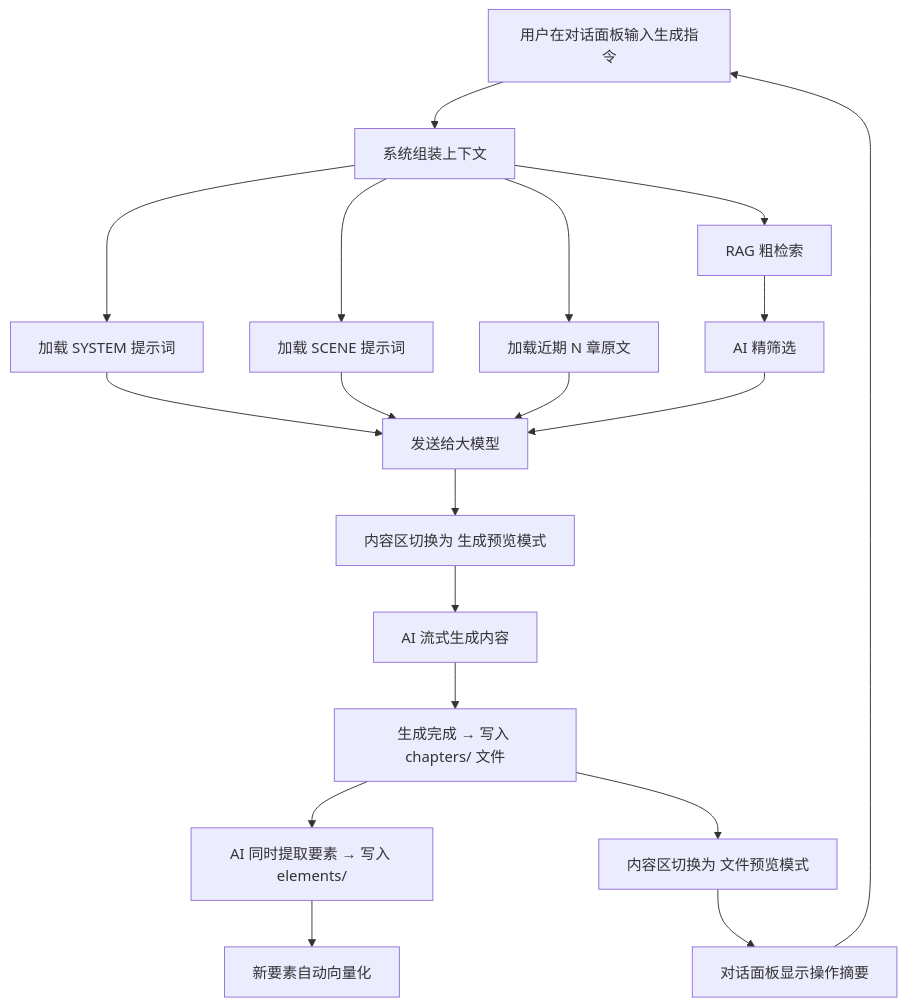
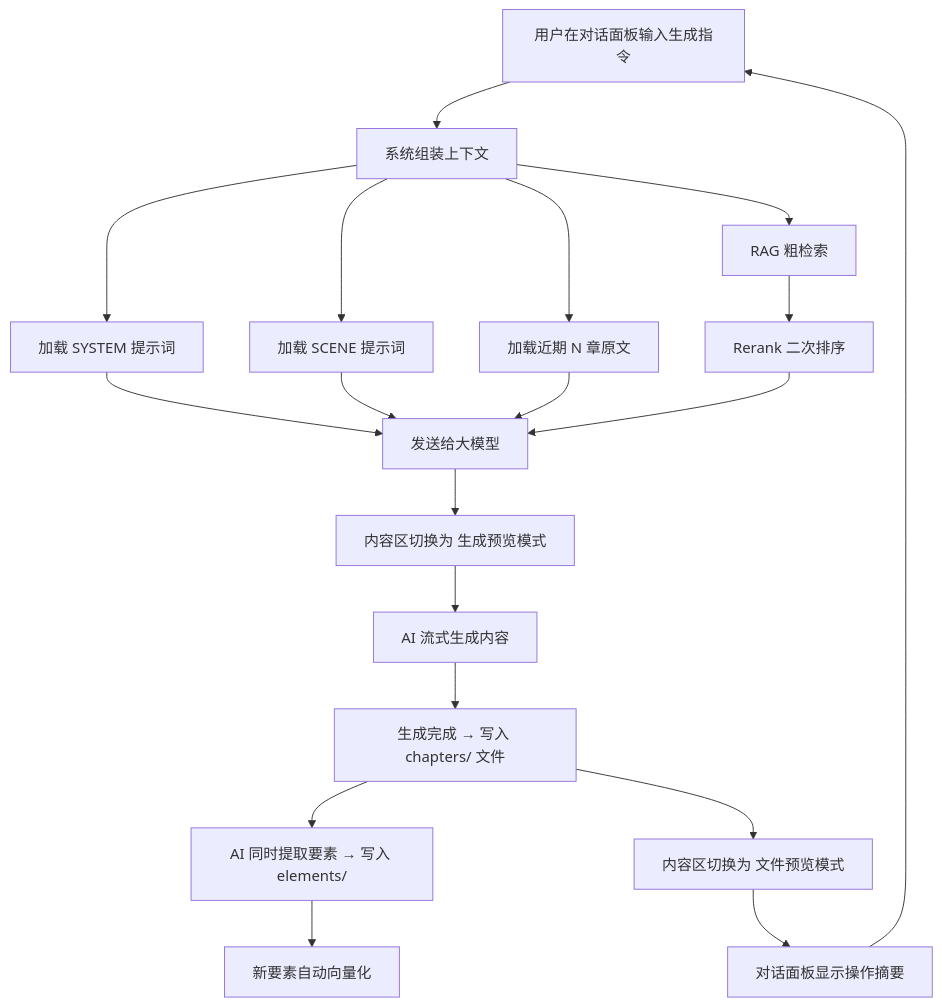
One commit to honlnk/NovAI-document changed the second of 8 diagrams in UI设计文档.md. Above: the diagram before and after it, drawn with Mermaid. The commit also changed other lines of this file and 9 other files, not shown here.

````diff
--- a/UI设计文档.md
+++ b/UI设计文档.md
@@ -428,18 +444,18 @@
 ```mermaid
 flowchart TD
     A[用户在对话面板输入生成指令] --> B[系统组装上下文]
     B --> B1[加载 SYSTEM 提示词]
     B --> B2[加载 SCENE 提示词]
     B --> B3[加载近期 N 章原文]
     B --> B4[RAG 粗检索]
-    B4 --> B5[AI 精筛选]
+    B4 --> B5[Rerank 二次排序]
     B1 & B2 & B3 & B5 --> C[发送给大模型]
     C --> D[内容区切换为 生成预览模式]
     D --> E[AI 流式生成内容]
     E --> F[生成完成 → 写入 chapters/ 文件]
     F --> F2[AI 同时提取要素 → 写入 elements/]
     F2 --> F3[新要素自动向量化]
     F --> G[内容区切换为 文件预览模式]
     G --> H[对话面板显示操作摘要]
     H --> A
 ```
````
